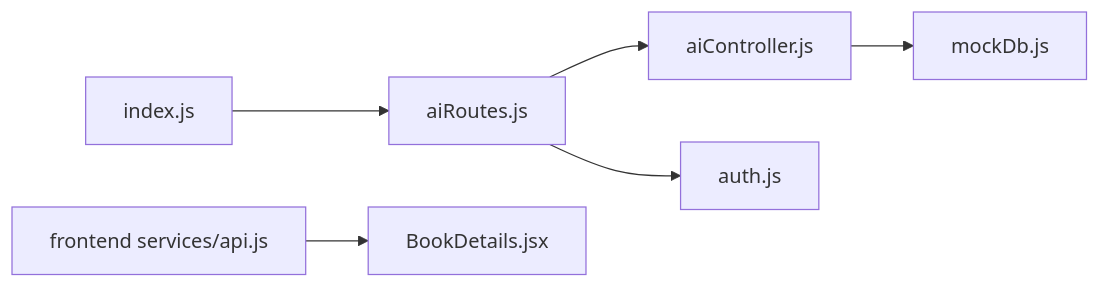
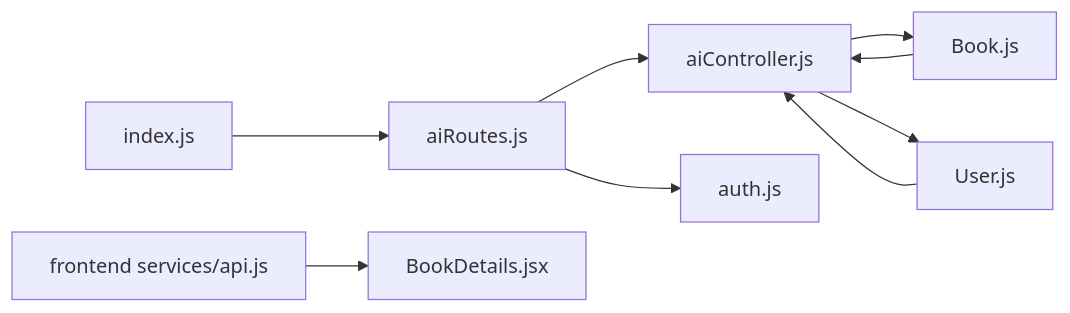
Before and after one commit to ganesh-NB/readsphere: the seventh of 7 diagrams in .qoder/repowiki/en/content/AI-Powered Features.md, drawn with Mermaid. The commit also changed other lines of this file and 46 other files, not shown here.

````diff
--- a/.qoder/repowiki/en/content/AI-Powered Features.md
+++ b/.qoder/repowiki/en/content/AI-Powered Features.md
@@ -280,8 +359,11 @@
 ```mermaid
 graph LR
 IDX["index.js"] --> R_AI["aiRoutes.js"]
 R_AI --> C_AI["aiController.js"]
-C_AI --> M_DB["mockDb.js"]
+C_AI --> M_BOOK["Book.js"]
+C_AI --> M_USER["User.js"]
 R_AI --> MW["auth.js"]
 FE_API["frontend services/api.js"] --> FE_UI["BookDetails.jsx"]
+M_BOOK --> C_AI
+M_USER --> C_AI
 ```
````
